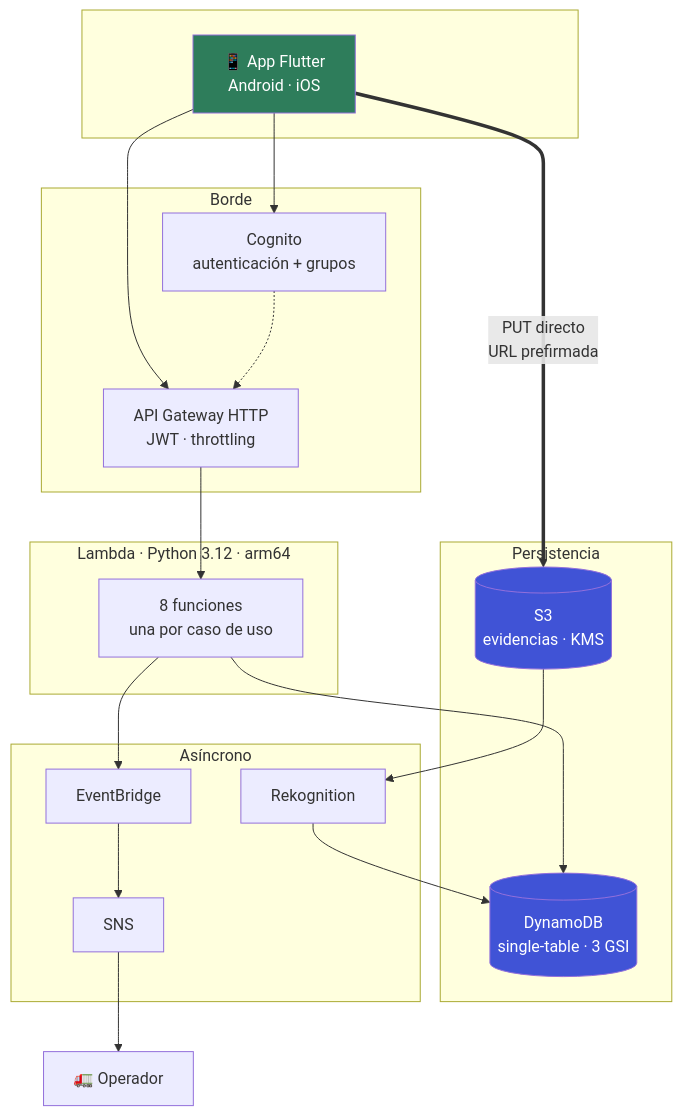
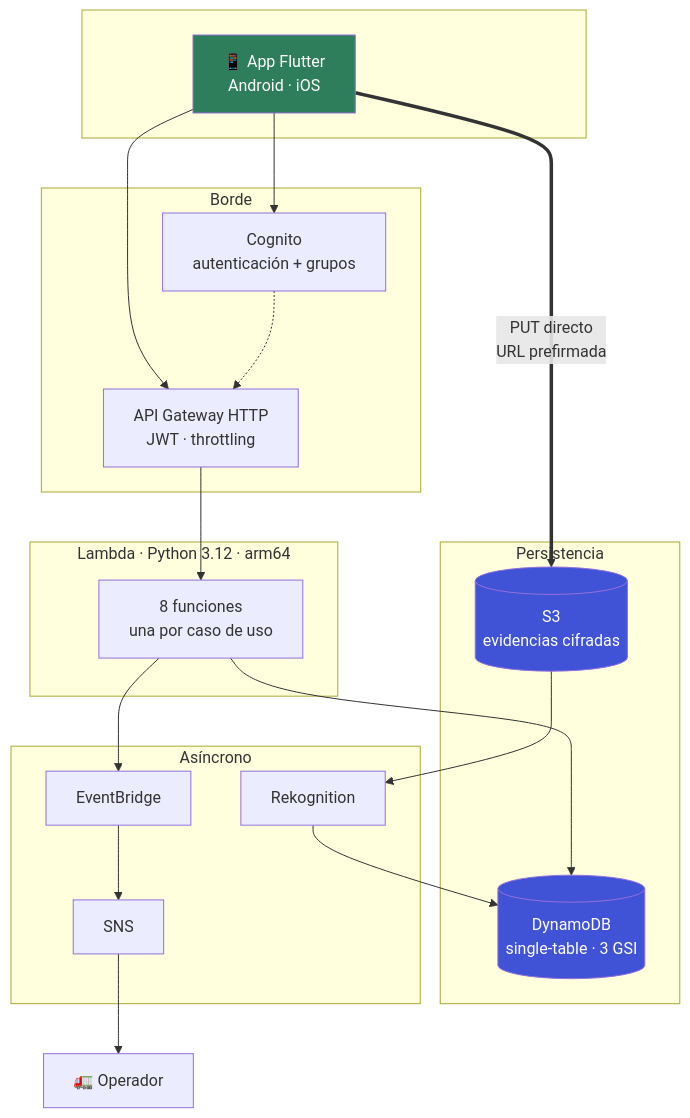
Before and after one commit to DiegoGamba/ecoruta: the second of 2 diagrams in README.md, drawn with Mermaid. The commit also changed other lines of this file and 22 other files, not shown here.

````diff
--- a/README.md
+++ b/README.md
@@ -61,40 +61,40 @@
 ```mermaid
 flowchart TB
     subgraph Cliente[" "]
         APP["📱 App Flutter<br/>Android · iOS"]
     end
 
     subgraph Borde["Borde"]
         COG["Cognito<br/>autenticación + grupos"]
         API["API Gateway HTTP<br/>JWT · throttling"]
     end
 
     subgraph Computo["Lambda · Python 3.12 · arm64"]
         FN["8 funciones<br/>una por caso de uso"]
     end
 
     subgraph Datos["Persistencia"]
         DDB[("DynamoDB<br/>single-table · 3 GSI")]
-        S3[("S3<br/>evidencias · KMS")]
+        S3[("S3<br/>evidencias cifradas")]
     end
 
     subgraph Async["Asíncrono"]
         EB["EventBridge"]
         SNS["SNS"]
         REK["Rekognition"]
     end
 
     APP --> COG
     APP --> API
     COG -.-> API
     API --> FN
     FN --> DDB
     APP ==>|"PUT directo<br/>URL prefirmada"| S3
     S3 --> REK
     REK --> DDB
     FN --> EB --> SNS --> OP["🚛 Operador"]
 
     style APP fill:#2E7D5B,color:#fff
     style DDB fill:#4053D6,color:#fff
     style S3 fill:#4053D6,color:#fff
 ```
````
